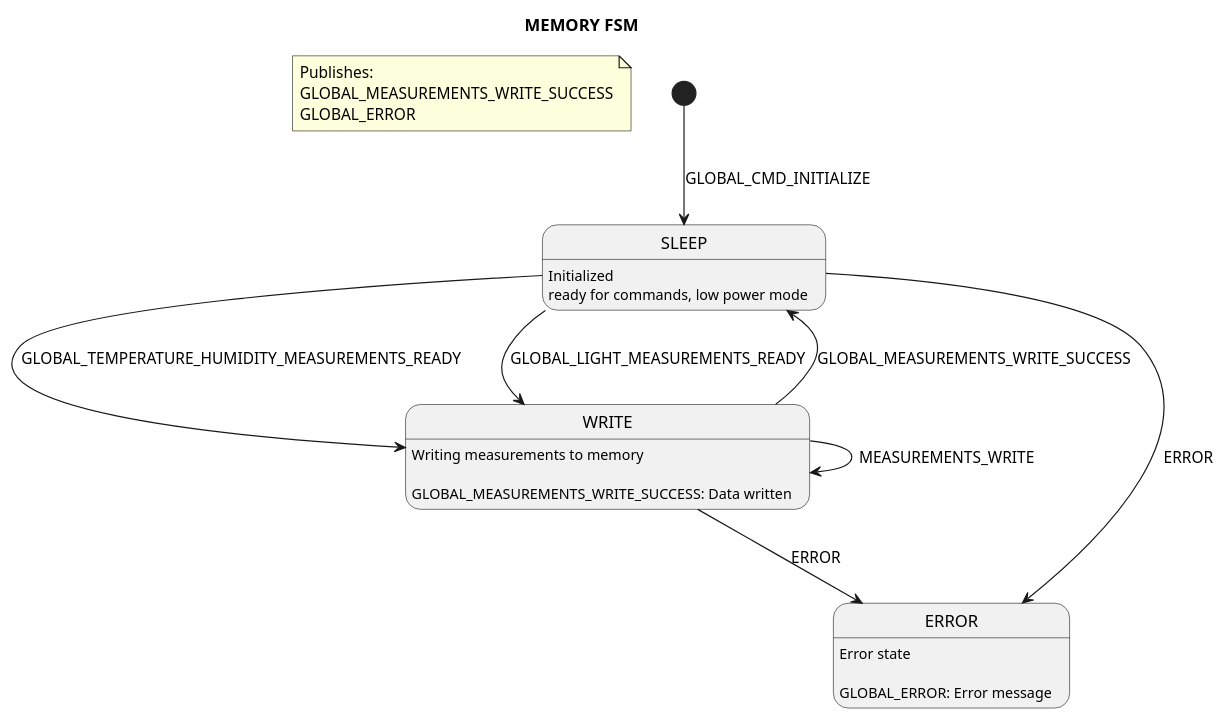
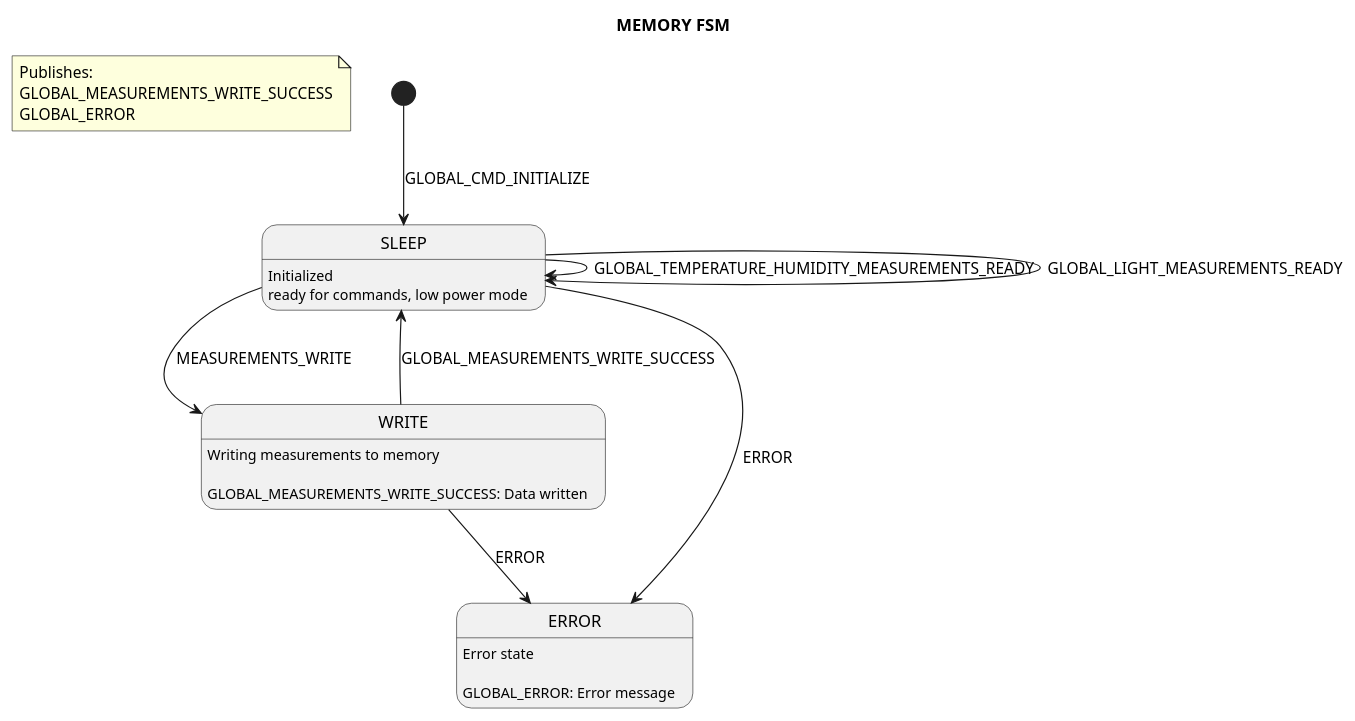
Before and after one commit to polesskiy-dev/iot-risk-logger-stm32l4: the diagram in firmware/iot-risk-logger-stm32l4/app/tasks/memory/README.md, drawn with PlantUML. The commit also changed 15 other files, not shown here.

````diff
--- a/firmware/iot-risk-logger-stm32l4/app/tasks/memory/README.md
+++ b/firmware/iot-risk-logger-stm32l4/app/tasks/memory/README.md
@@ -10,22 +10,22 @@
 ```plantuml
 @startuml
 title MEMORY FSM
 hide empty description
 
 note "Publishes: \nGLOBAL_MEASUREMENTS_WRITE_SUCCESS\nGLOBAL_ERROR" as N1
 
 SLEEP: Initialized\nready for commands, low power mode
 WRITE: Writing measurements to memory\n\nGLOBAL_MEASUREMENTS_WRITE_SUCCESS: Data written
 ERROR: Error state\n\nGLOBAL_ERROR: Error message
 
 [*] --> SLEEP : GLOBAL_CMD_INITIALIZE
-SLEEP --> WRITE : GLOBAL_TEMPERATURE_HUMIDITY_MEASUREMENTS_READY
-SLEEP --> WRITE : GLOBAL_LIGHT_MEASUREMENTS_READY
+SLEEP --> SLEEP : GLOBAL_TEMPERATURE_HUMIDITY_MEASUREMENTS_READY
+SLEEP --> SLEEP : GLOBAL_LIGHT_MEASUREMENTS_READY
+SLEEP --> WRITE : MEASUREMENTS_WRITE
 
-WRITE --> WRITE : MEASUREMENTS_WRITE
 WRITE --> SLEEP : GLOBAL_MEASUREMENTS_WRITE_SUCCESS
 
 SLEEP --> ERROR : ERROR
 WRITE --> ERROR : ERROR
 @enduml
 ```
````
